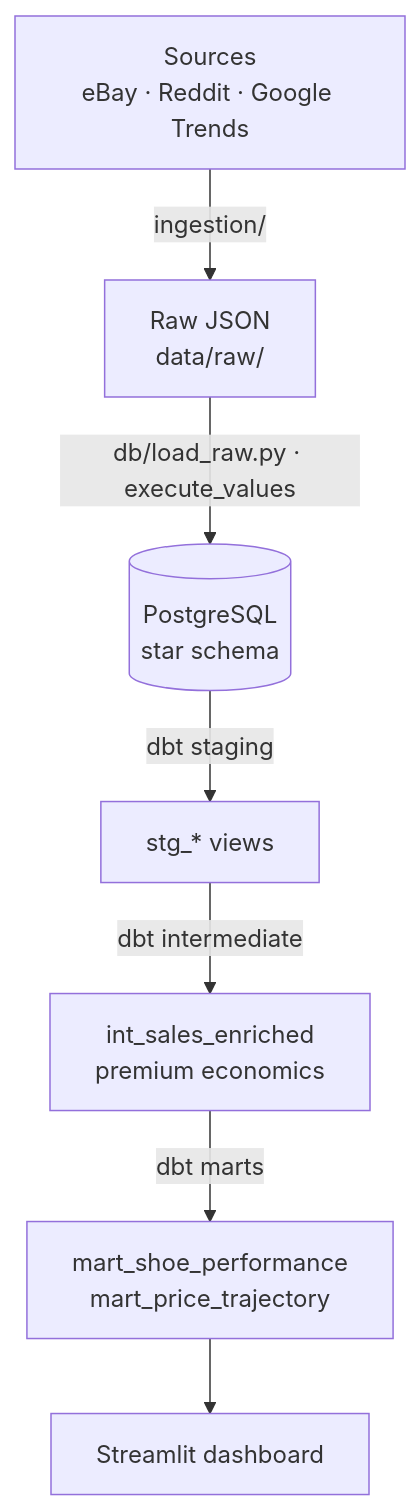
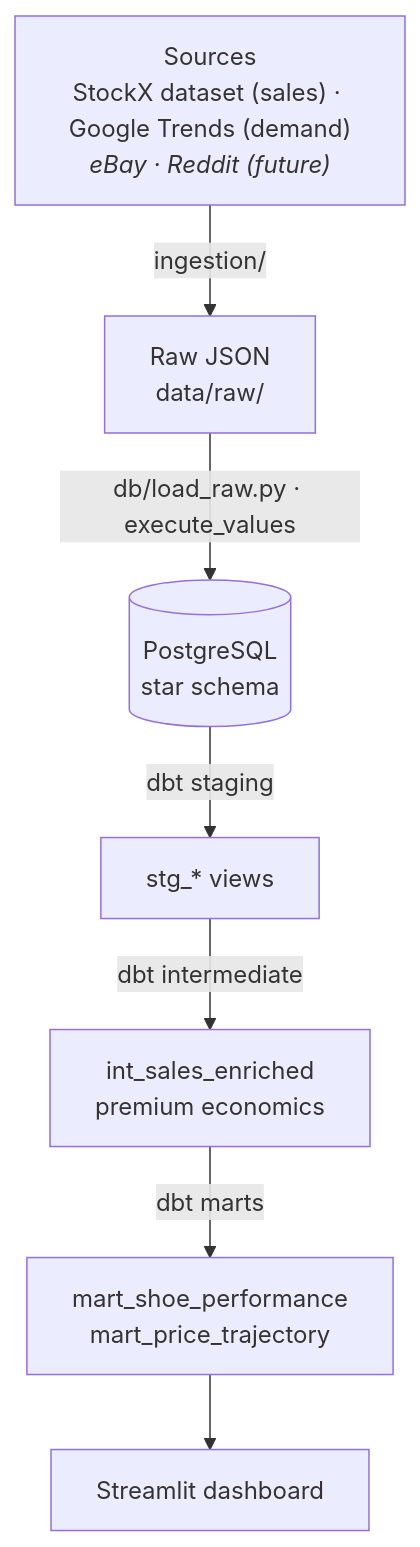
One commit to smalik-25/sneaker-intel changed the diagram in README.md. Above: the diagram before and after it, drawn with Mermaid. The commit also changed other lines of this file and 13 other files, not shown here.

````diff
--- a/README.md
+++ b/README.md
@@ -21,9 +21,9 @@
 ```mermaid
 flowchart TD
-    A["Sources<br/>eBay · Reddit · Google Trends"] -->|ingestion/| B["Raw JSON<br/>data/raw/"]
+    A["Sources<br/>StockX dataset (sales) · Google Trends (demand)<br/><i>eBay · Reddit (future)</i>"] -->|ingestion/| B["Raw JSON<br/>data/raw/"]
     B -->|db/load_raw.py · execute_values| C[("PostgreSQL<br/>star schema")]
     C -->|dbt staging| D["stg_* views"]
     D -->|dbt intermediate| E["int_sales_enriched<br/>premium economics"]
     E -->|dbt marts| F["mart_shoe_performance<br/>mart_price_trajectory"]
     F --> G["Streamlit dashboard"]
 ```
````
